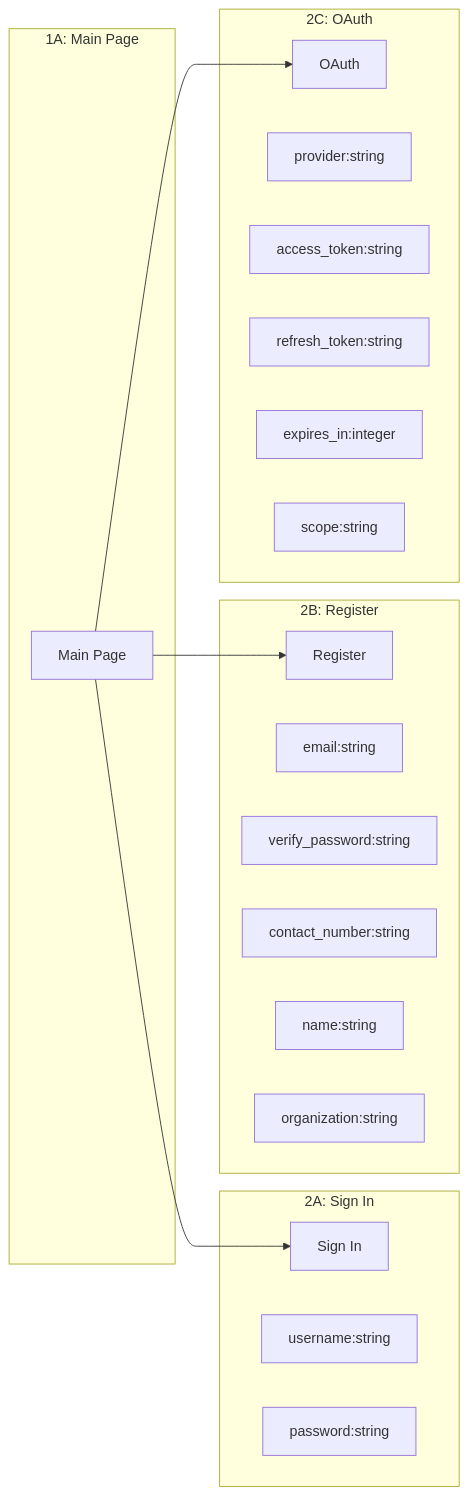
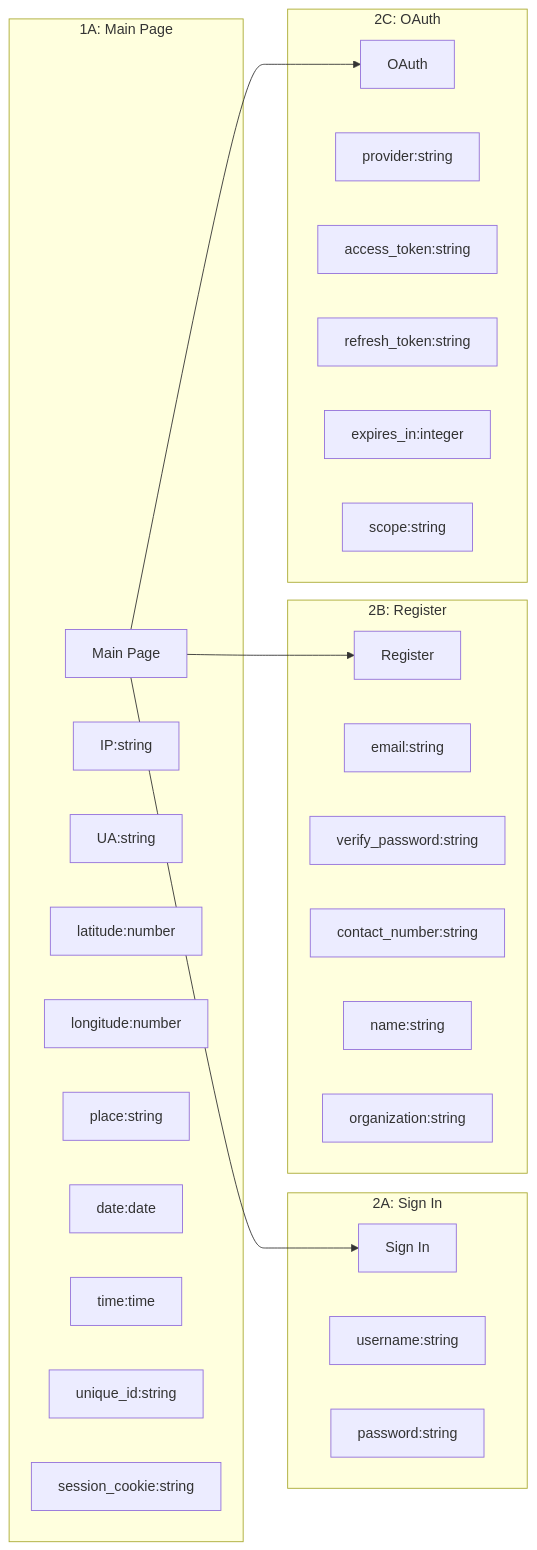
Before and after one commit to siddh-kivtechs/kivtechs_schema: the second of 2 diagrams in readme.md, drawn with Mermaid.

````diff
--- a/readme.md
+++ b/readme.md
@@ -26,39 +26,48 @@
 ```mermaid
 graph LR
  subgraph 1A: Main Page
         1A["Main Page"]
+        IP:string
+        UA:string
+        latitude:number
+        longitude:number
+        place:string
+        date:date
+        time:time
+        unique_id:string
+        session_cookie:string
     end
     subgraph 2A: Sign In
         2A["Sign In"]
         username:string
         password:string
     end
     subgraph 2B: Register
         2B["Register"]
         username:string
         email:string
         password:string
         verify_password:string
         contact_number:string
         name:string
         organization:string
     end
     subgraph 2C: OAuth
         2C["OAuth"]
         provider:string
         access_token:string
         refresh_token:string
         expires_in:integer
         scope:string
     end
 
        1A --> 2A
     1A --> 2B
     1A --> 2C
 
 
 
 
   
 
 ```
````
